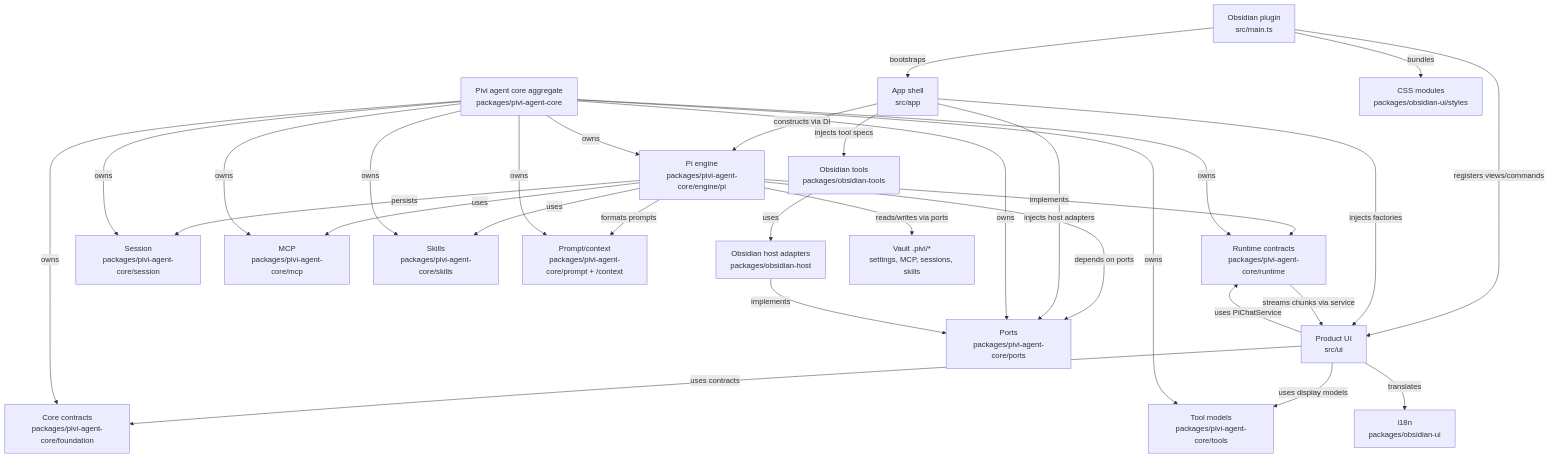
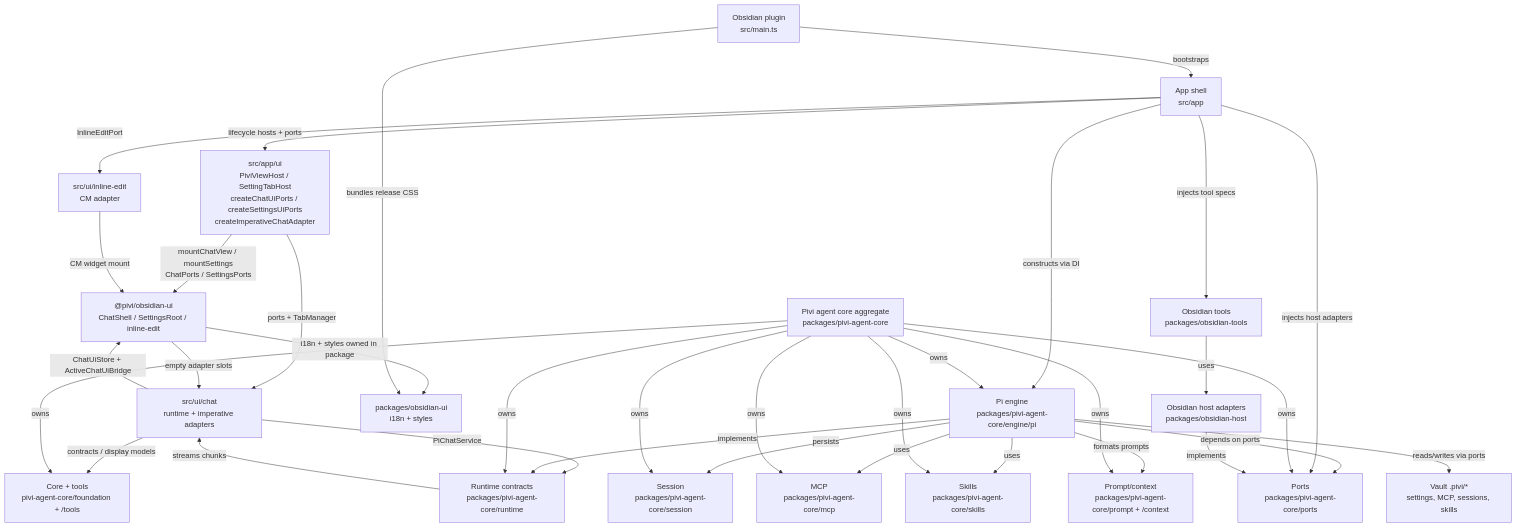
The first of 3 diagrams in AGENTS.md (shuuul/obsidian-pivi), drawn with Mermaid before and after one commit. The commit also changed other lines of this file and 78 other files, not shown here.

First line of the commit message:
refactor(architecture): wire ChatPorts and clear post-React dead paths

````diff
--- a/AGENTS.md
+++ b/AGENTS.md
@@ -137,33 +137,38 @@
 ```mermaid
 flowchart TD
   Host["Obsidian plugin<br/>src/main.ts"] -- "bootstraps" --> App["App shell<br/>src/app"]
-  Host -- "registers views/commands" --> UI["Product UI<br/>src/ui"]
+  App -- "lifecycle hosts + ports" --> AppUI["src/app/ui<br/>PiviViewHost / SettingTabHost<br/>createChatUiPorts / createSettingsUiPorts<br/>createImperativeChatAdapter"]
+  AppUI -- "mountChatView / mountSettings<br/>ChatPorts / SettingsPorts" --> ReactUI["@pivi/obsidian-ui<br/>ChatShell / SettingsRoot / inline-edit"]
+  AppUI -- "ports + TabManager" --> Chat["src/ui/chat<br/>runtime + imperative adapters"]
+  App -- "InlineEditPort" --> Inline["src/ui/inline-edit<br/>CM adapter"]
+  Chat -- "ChatUiStore + ActiveChatUiBridge" --> ReactUI
+  ReactUI -- "empty adapter slots" --> Chat
+  Inline -- "CM widget mount" --> ReactUI
+
   App -- "constructs via DI" --> Runtime["Pi engine<br/>packages/pivi-agent-core/engine/pi"]
-  App -- "injects factories" --> UI
-  UI -- "uses contracts" --> Core["Core contracts<br/>packages/pivi-agent-core/foundation"]
-  UI -- "uses PiChatService" --> RuntimeContracts["Runtime contracts<br/>packages/pivi-agent-core/runtime"]
-  UI -- "uses display models" --> Tools["Tool models<br/>packages/pivi-agent-core/tools"]
-  UI -- "translates" --> I18n["i18n<br/>packages/obsidian-ui"]
+  Chat -- "PiChatService" --> RuntimeContracts["Runtime contracts<br/>packages/pivi-agent-core/runtime"]
+  Chat -- "contracts / display models" --> Core["Core + tools<br/>pivi-agent-core/foundation + /tools"]
+  ReactUI -- "i18n + styles owned in package" --> Style["packages/obsidian-ui<br/>i18n + styles"]
+  Host -- "bundles release CSS" --> Style
+
   Runtime -- "implements" --> RuntimeContracts
   Runtime -- "depends on ports" --> Ports["Ports<br/>packages/pivi-agent-core/ports"]
   Runtime -- "persists" --> Session["Session<br/>packages/pivi-agent-core/session"]
   Runtime -- "uses" --> MCP["MCP<br/>packages/pivi-agent-core/mcp"]
   Runtime -- "uses" --> Skills["Skills<br/>packages/pivi-agent-core/skills"]
   Runtime -- "formats prompts" --> Prompt["Prompt/context<br/>packages/pivi-agent-core/prompt + /context"]
   App -- "injects tool specs" --> ObsidianTools["Obsidian tools<br/>packages/obsidian-tools"]
   App -- "injects host adapters" --> Ports
   AgentCore["Pivi agent core aggregate<br/>packages/pivi-agent-core"] -- "owns" --> Core
-  AgentCore -- "owns" --> Tools
   AgentCore -- "owns" --> Session
   AgentCore -- "owns" --> MCP
   AgentCore -- "owns" --> Skills
   AgentCore -- "owns" --> Prompt
   AgentCore -- "owns" --> Ports
   AgentCore -- "owns" --> RuntimeContracts
   AgentCore -- "owns" --> Runtime
   ObsidianTools -- "uses" --> ObsidianHost["Obsidian host adapters<br/>packages/obsidian-host"]
   ObsidianHost -- "implements" --> Ports
-  Host -- "bundles" --> Style["CSS modules<br/>packages/obsidian-ui/styles"]
-  RuntimeContracts -- "streams chunks via service" --> UI
+  RuntimeContracts -- "streams chunks" --> Chat
   Runtime -- "reads/writes via ports" --> Vault["Vault .pivi/*<br/>settings, MCP, sessions, skills"]
 ```
````
